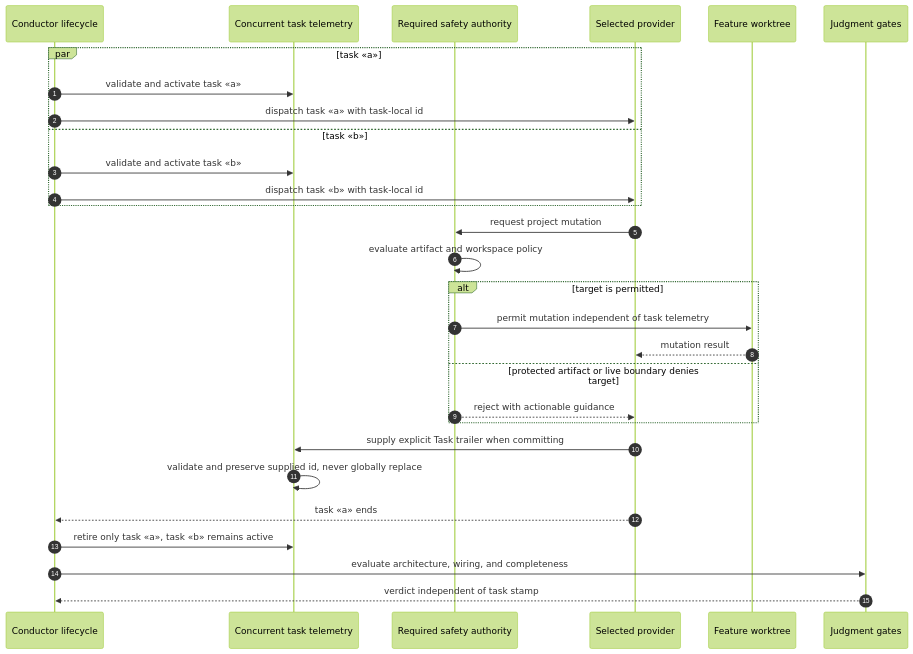
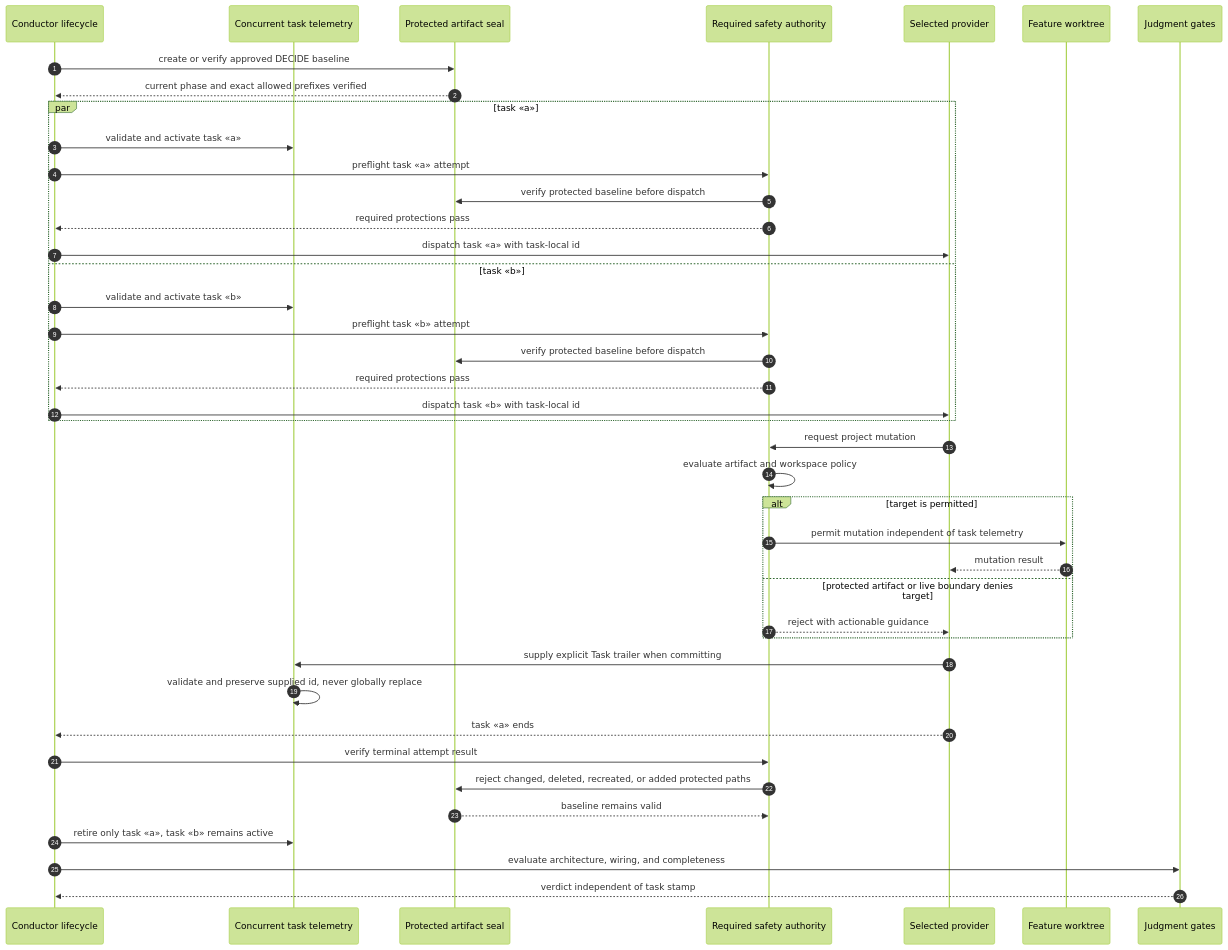
Before and after one commit to jstoup111/ai-conductor: the diagram in .docs/architecture/sequences/provider-neutral-task-safety-907.md, drawn with Mermaid (forest theme). The commit also changed other lines of this file and 3 other files, not shown here.

````diff
--- a/.docs/architecture/sequences/provider-neutral-task-safety-907.md
+++ b/.docs/architecture/sequences/provider-neutral-task-safety-907.md
@@ -9,32 +9,44 @@
 ```mermaid
 sequenceDiagram
     autonumber
     participant C as Conductor lifecycle
     participant T as Concurrent task telemetry
+    participant A as Protected artifact seal
     participant S as Required safety authority
     participant P as Selected provider
     participant W as Feature worktree
     participant J as Judgment gates
 
+    C->>A: create or verify approved DECIDE baseline
+    A-->>C: current phase and exact allowed prefixes verified
     par task «a»
         C->>T: validate and activate task «a»
+        C->>S: preflight task «a» attempt
+        S->>A: verify protected baseline before dispatch
+        S-->>C: required protections pass
         C->>P: dispatch task «a» with task-local id
     and task «b»
         C->>T: validate and activate task «b»
+        C->>S: preflight task «b» attempt
+        S->>A: verify protected baseline before dispatch
+        S-->>C: required protections pass
         C->>P: dispatch task «b» with task-local id
     end
     P->>S: request project mutation
     S->>S: evaluate artifact and workspace policy
     alt target is permitted
         S->>W: permit mutation independent of task telemetry
         W-->>P: mutation result
     else protected artifact or live boundary denies target
         S-->>P: reject with actionable guidance
     end
     P->>T: supply explicit Task trailer when committing
     T->>T: validate and preserve supplied id, never globally replace
     P-->>C: task «a» ends
+    C->>S: verify terminal attempt result
+    S->>A: reject changed, deleted, recreated, or added protected paths
+    A-->>S: baseline remains valid
     C->>T: retire only task «a», task «b» remains active
     C->>J: evaluate architecture, wiring, and completeness
     J-->>C: verdict independent of task stamp
 ```
````
